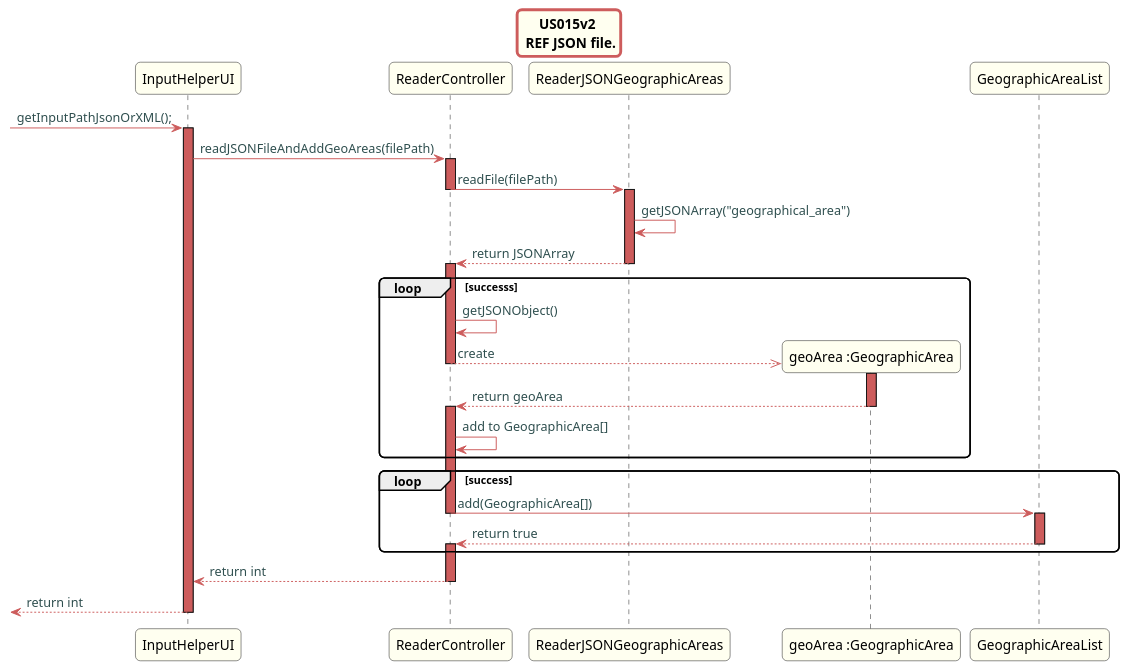
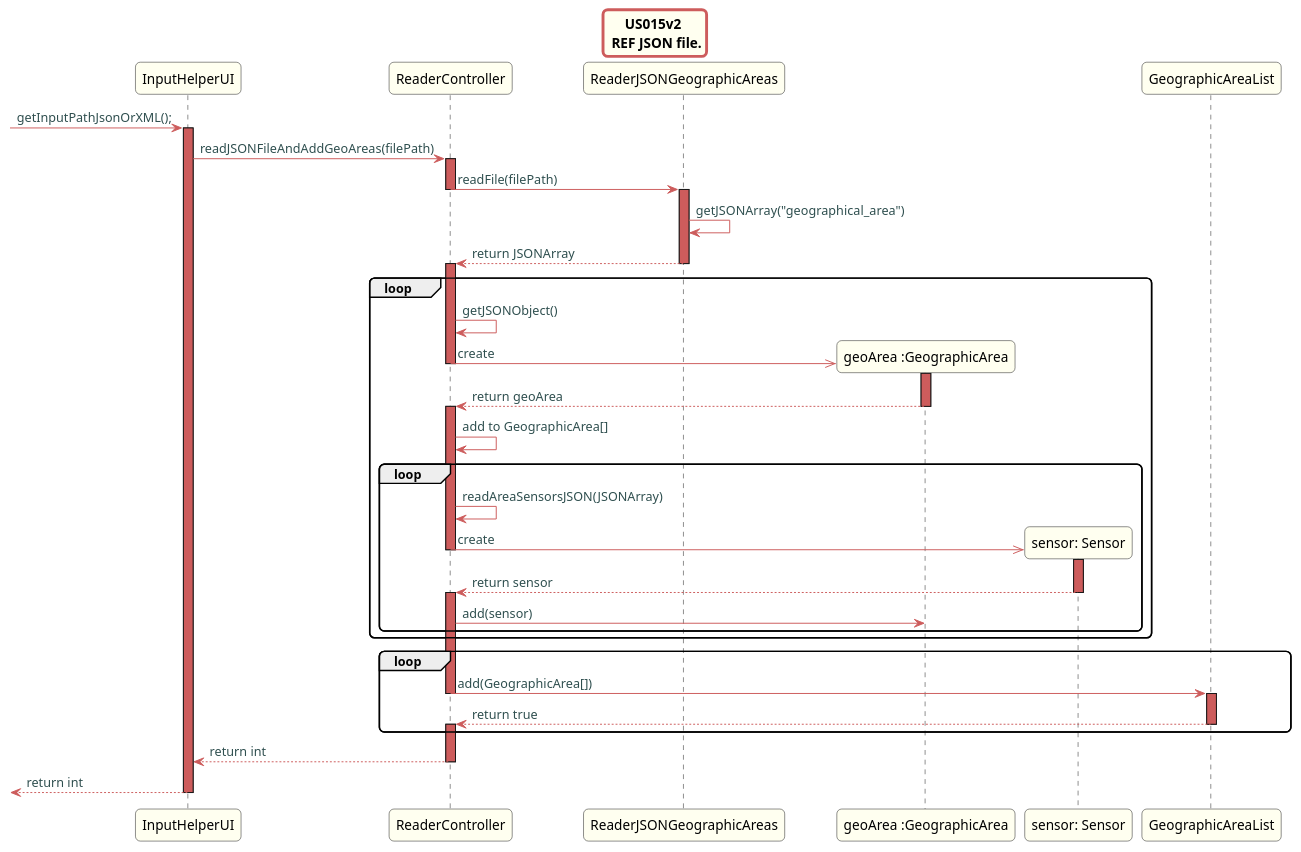
Before and after one commit to Almadanmp/project: the diagram in src/doc/Controllers/HouseConfiguration/US15v2/US15v2_REF_JSON_sd_HouseConfiguration.puml, drawn with PlantUML. The commit also changed 1 other file, not shown here.

Commit message:
REF #178 updated class diagram and sequence diagram for us15v2

```diff
--- a/src/doc/Controllers/HouseConfiguration/US15v2/US15v2_REF_JSON_sd_HouseConfiguration.puml
+++ b/src/doc/Controllers/HouseConfiguration/US15v2/US15v2_REF_JSON_sd_HouseConfiguration.puml
@@ -1,68 +1,80 @@
 @startuml
 title US015v2 \n REF JSON file.
 skinparam titleBorderRoundCorner 10
 skinparam titleBorderThickness 3
 skinparam titleBorderColor indianred
 skinparam titleBackgroundColor ivory
 skinparam FontName quicksand
 
 skinparam actor {
   BorderColor indianred
   }
 
 skinparam sequence {
   LifeLineBackgroundColor indianred
   ParticipantBackgroundColor ivory
 }
 
 skinparam roundcorner 10
 
 skinparam component {
   arrowThickness 1
   ArrowFontName Verdana
   ArrowColor indianred
   ArrowFontColor darkslategrey
 }
 -> InputHelperUI: getInputPathJsonOrXML();
 activate InputHelperUI
 InputHelperUI -> ReaderController: readJSONFileAndAddGeoAreas(filePath)
 activate ReaderController
 ReaderController -> ReaderJSONGeographicAreas: readFile(filePath)
 deactivate ReaderController
 activate ReaderJSONGeographicAreas
 
 ReaderJSONGeographicAreas->ReaderJSONGeographicAreas:getJSONArray("geographical_area")
 ReaderJSONGeographicAreas --> ReaderController: return JSONArray
 deactivate ReaderJSONGeographicAreas
 activate ReaderController
-loop successs
+loop
 ReaderController->ReaderController:getJSONObject()
 create "geoArea :GeographicArea"
-ReaderController -->> "geoArea :GeographicArea": create
+ReaderController ->> "geoArea :GeographicArea": create
 activate "geoArea :GeographicArea"
 deactivate ReaderController
 "geoArea :GeographicArea" --> ReaderController: return geoArea
 deactivate "geoArea :GeographicArea"
 
 activate ReaderController
 
 ReaderController -> ReaderController: add to GeographicArea[]
+loop
+ReaderController->ReaderController:readAreaSensorsJSON(JSONArray)
+create "sensor: Sensor"
+ReaderController ->> "sensor: Sensor": create
+activate "sensor: Sensor"
+deactivate ReaderController
 
+"sensor: Sensor" --> ReaderController: return sensor
+deactivate "sensor: Sensor"
+
+activate ReaderController
+ReaderController -> "geoArea :GeographicArea": add(sensor)
 end loop
-loop success
+end loop
+loop
 ReaderController -> GeographicAreaList: add(GeographicArea[])
 deactivate ReaderController
 
 activate GeographicAreaList
 
 GeographicAreaList-->ReaderController: return true
 deactivate GeographicAreaList
 
 activate ReaderController
 end loop
 ReaderController --> InputHelperUI: return int
 deactivate ReaderController
  <-- InputHelperUI: return int
  deactivate InputHelperUI
 
 @enduml
```
